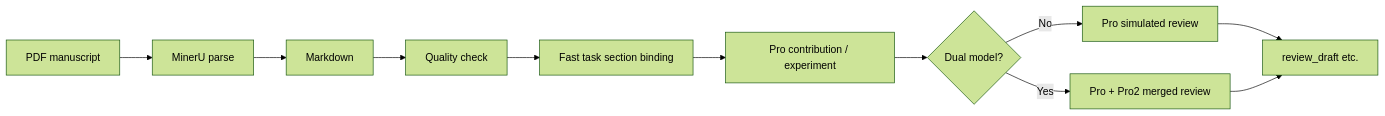
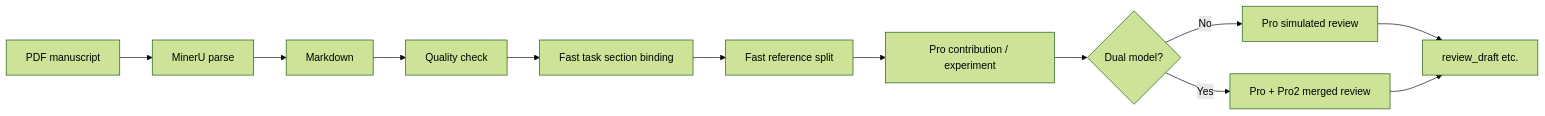
Before and after one commit to Benjamin-A-Hammond/Academic-Review-Assistant: the diagram in README.en.md, drawn with Mermaid (forest theme). The commit also changed other lines of this file and 3 other files, not shown here.

````diff
--- a/README.en.md
+++ b/README.en.md
@@ -23,13 +23,14 @@
 ```mermaid
 flowchart LR
   PDF[PDF manuscript] --> M[MinerU parse]
   M --> MD[Markdown]
   MD --> Q[Quality check]
   Q --> F[Fast task section binding]
-  F --> P[Pro contribution / experiment]
+  F --> Ref[Fast reference split]
+  Ref --> P[Pro contribution / experiment]
   P --> R{Dual model?}
   R -->|No| R1[Pro simulated review]
   R -->|Yes| R2[Pro + Pro2 merged review]
   R1 --> OUT[review_draft etc.]
   R2 --> OUT
 ```
````
